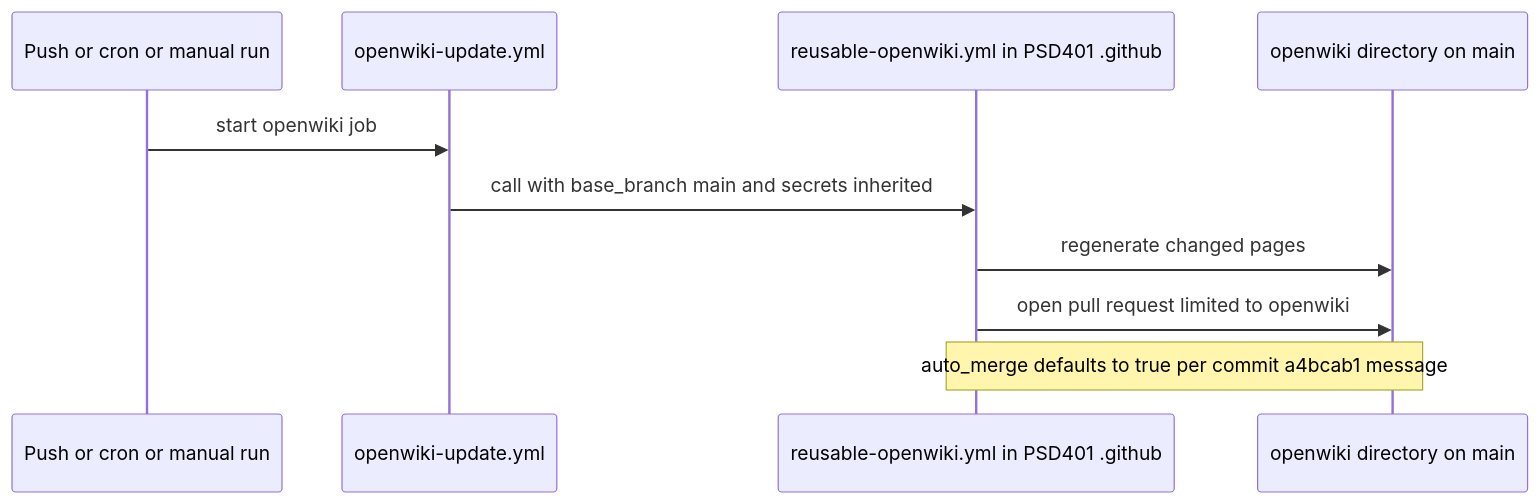
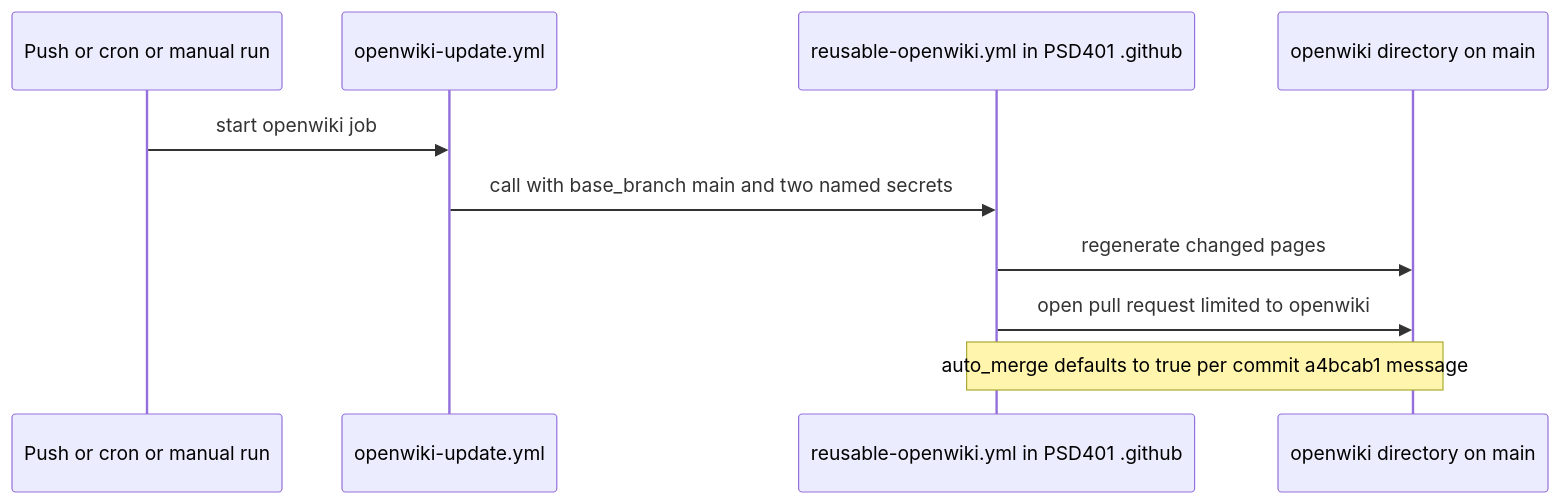
One commit to psd401/psd-standards-canary changed the diagram in openwiki/operations/openwiki-maintenance.md. Above: the diagram before and after it, drawn with Mermaid. The commit also changed other lines of this file and 4 other files, not shown here.

````diff
--- a/openwiki/operations/openwiki-maintenance.md
+++ b/openwiki/operations/openwiki-maintenance.md
@@ -34,12 +35,12 @@
 ```mermaid
 sequenceDiagram
   participant Event as Push or cron or manual run
   participant Caller as openwiki-update.yml
   participant Reusable as reusable-openwiki.yml in PSD401 .github
   participant Repo as openwiki directory on main
   Event->>Caller: start openwiki job
-  Caller->>Reusable: call with base_branch main and secrets inherited
+  Caller->>Reusable: call with base_branch main and two named secrets
   Reusable->>Repo: regenerate changed pages
   Reusable->>Repo: open pull request limited to openwiki
   Note over Reusable,Repo: auto_merge defaults to true per commit a4bcab1 message
 ```
````
